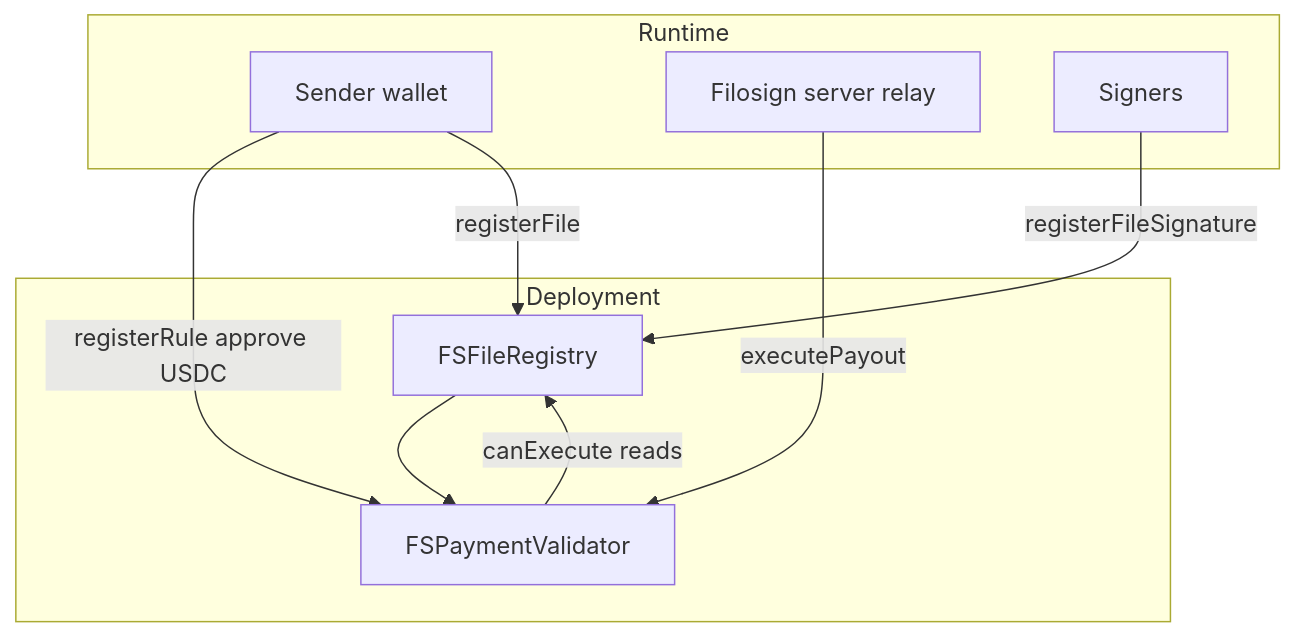
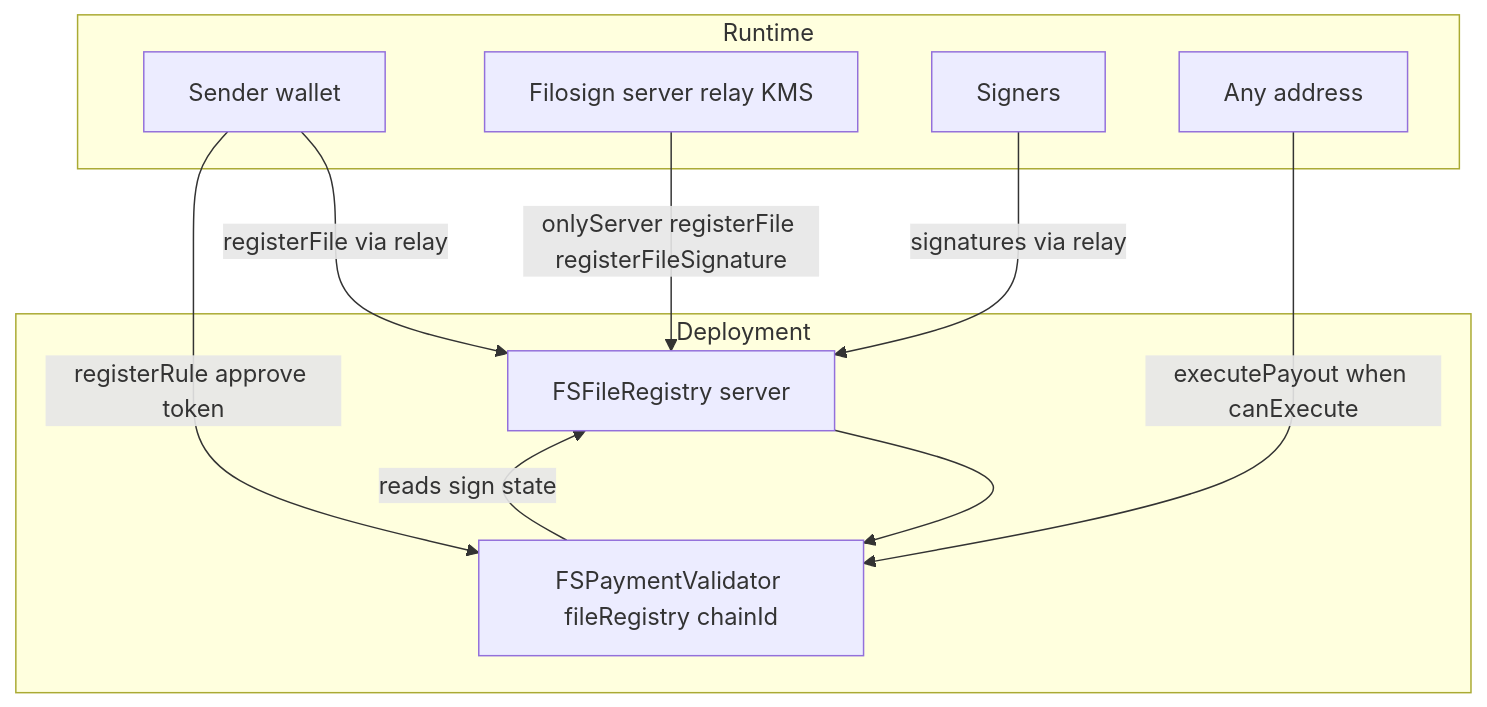
One commit to filosign-dapp/filosign changed the diagram in apps/contracts/README.md. Above: the diagram before and after it, drawn with Mermaid. The commit also changed other lines of this file and 20 other files, not shown here.

Commit message:
[CONTRACTS] - Payment validator v1 (apps/contracts): rule lifecycle, fee-on-transfer mock, and aligned tests.

````diff
--- a/apps/contracts/README.md
+++ b/apps/contracts/README.md
@@ -24,17 +27,20 @@
 ```mermaid
 flowchart TB
   subgraph deploy [Deployment]
-    FR[FSFileRegistry]
-    PV[FSPaymentValidator]
+    FR[FSFileRegistry server]
+    PV[FSPaymentValidator fileRegistry chainId]
     FR --> PV
   end
   subgraph runtime [Runtime]
     Sender[Sender wallet]
-    Relay[Filosign server relay]
-    PV -->|canExecute reads| FR
-    Relay -->|executePayout| PV
-    Sender -->|registerRule approve USDC| PV
-    Sender -->|registerFile| FR
-    Signers[Signers] -->|registerFileSignature| FR
+    Relay[Filosign server relay KMS]
+    Signers[Signers]
+    Anyone[Any address]
+    Relay -->|onlyServer registerFile registerFileSignature| FR
+    Sender -->|registerFile via relay| FR
+    Signers -->|signatures via relay| FR
+    Sender -->|registerRule approve token| PV
+    Anyone -->|executePayout when canExecute| PV
+    PV -->|reads sign state| FR
   end
 ```
````
